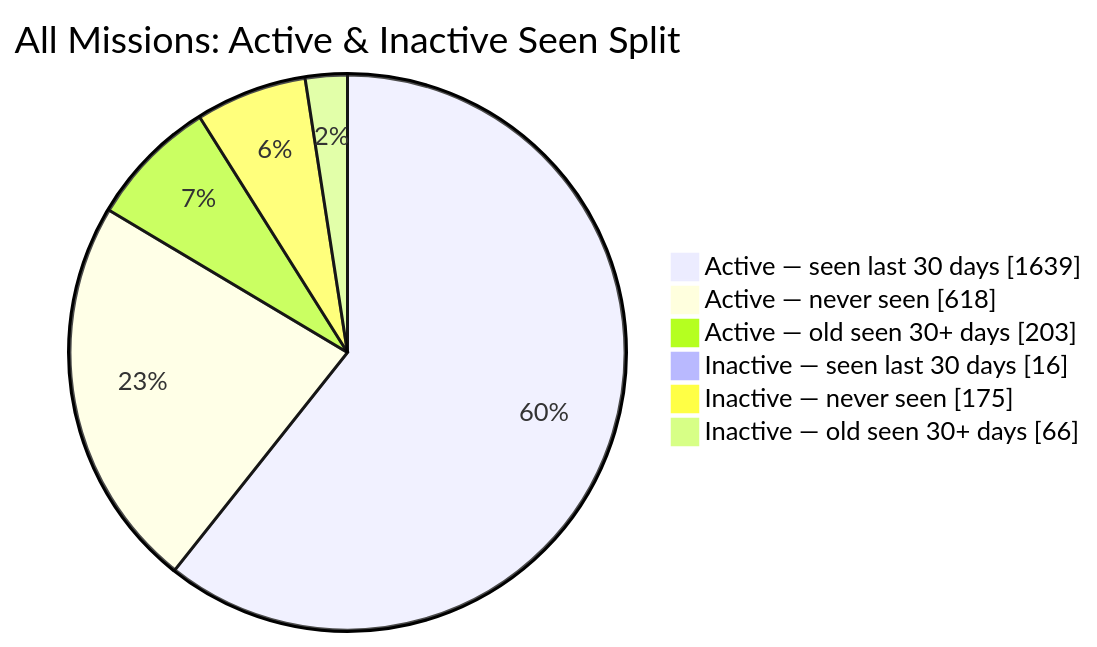
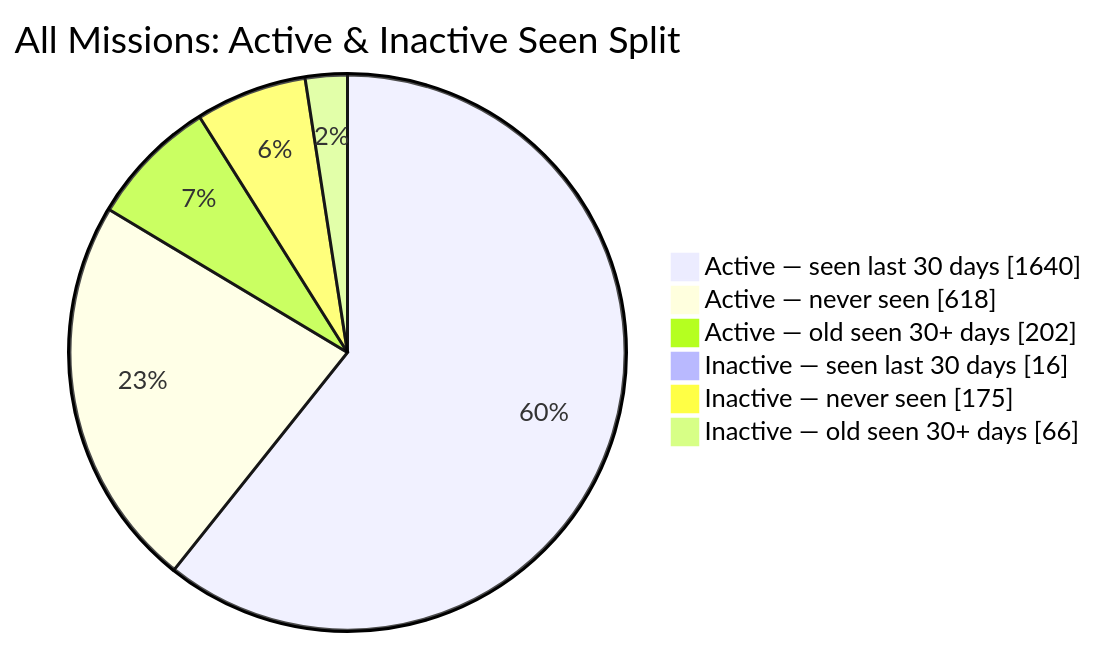
The second of 2 diagrams in README.md (MeldkamerspelGameTeam/active-missions), drawn with Mermaid before and after one commit. The commit also changed other lines of this file and 2 other files, not shown here.

````diff
--- a/README.md
+++ b/README.md
@@ -44,10 +44,10 @@
 ```mermaid
 pie showData
     title All Missions: Active & Inactive Seen Split
-    "Active — seen last 30 days" : 1639
+    "Active — seen last 30 days" : 1640
     "Active — never seen" : 618
-    "Active — old seen 30+ days" : 203
+    "Active — old seen 30+ days" : 202
     "Inactive — seen last 30 days" : 16
     "Inactive — never seen" : 175
     "Inactive — old seen 30+ days" : 66
 ```
````
